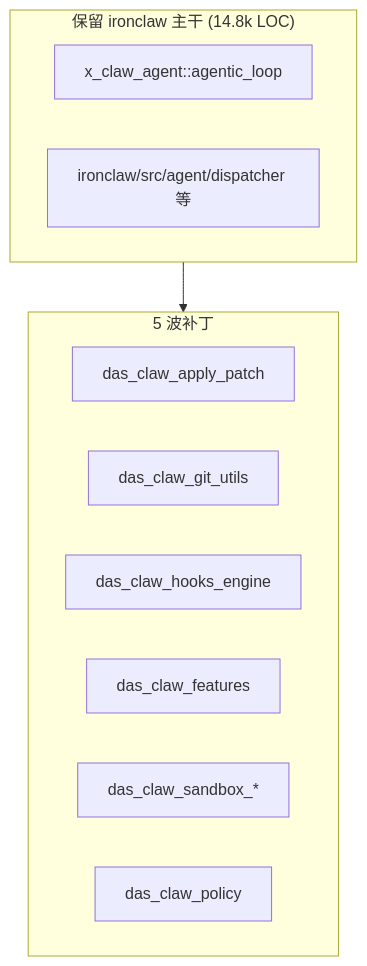
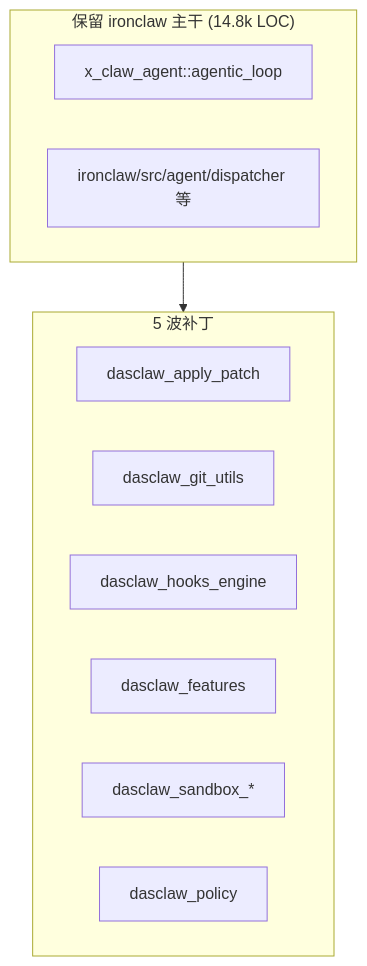
Before and after one commit to Linnanli/xClaw: the first of 4 diagrams in docs/plans/architecture-refactor/10-agent-kernel-quality-assessment.md, drawn with Mermaid. The commit also changed other lines of this file and 1 other file, not shown here.

First line of the commit message:
docs(phase4): rename das_claw_* → dasclaw_* + add §8 codex porting boundary + §9 claw-code positioning

````diff
--- a/docs/plans/architecture-refactor/10-agent-kernel-quality-assessment.md
+++ b/docs/plans/architecture-refactor/10-agent-kernel-quality-assessment.md
@@ -153,16 +153,16 @@
 ```mermaid
 flowchart TB
     subgraph 保留["保留 ironclaw 主干 (14.8k LOC)"]
         A1[x_claw_agent::agentic_loop]
         A2[ironclaw/src/agent/dispatcher 等]
     end
     subgraph 补丁["5 波补丁"]
-        B1[das_claw_apply_patch]
-        B2[das_claw_git_utils]
-        B3[das_claw_hooks_engine]
-        B4[das_claw_features]
-        B5[das_claw_sandbox_*]
-        B6[das_claw_policy]
+        B1[dasclaw_apply_patch]
+        B2[dasclaw_git_utils]
+        B3[dasclaw_hooks_engine]
+        B4[dasclaw_features]
+        B5[dasclaw_sandbox_*]
+        B6[dasclaw_policy]
     end
     保留 --> 补丁
 ```
````
